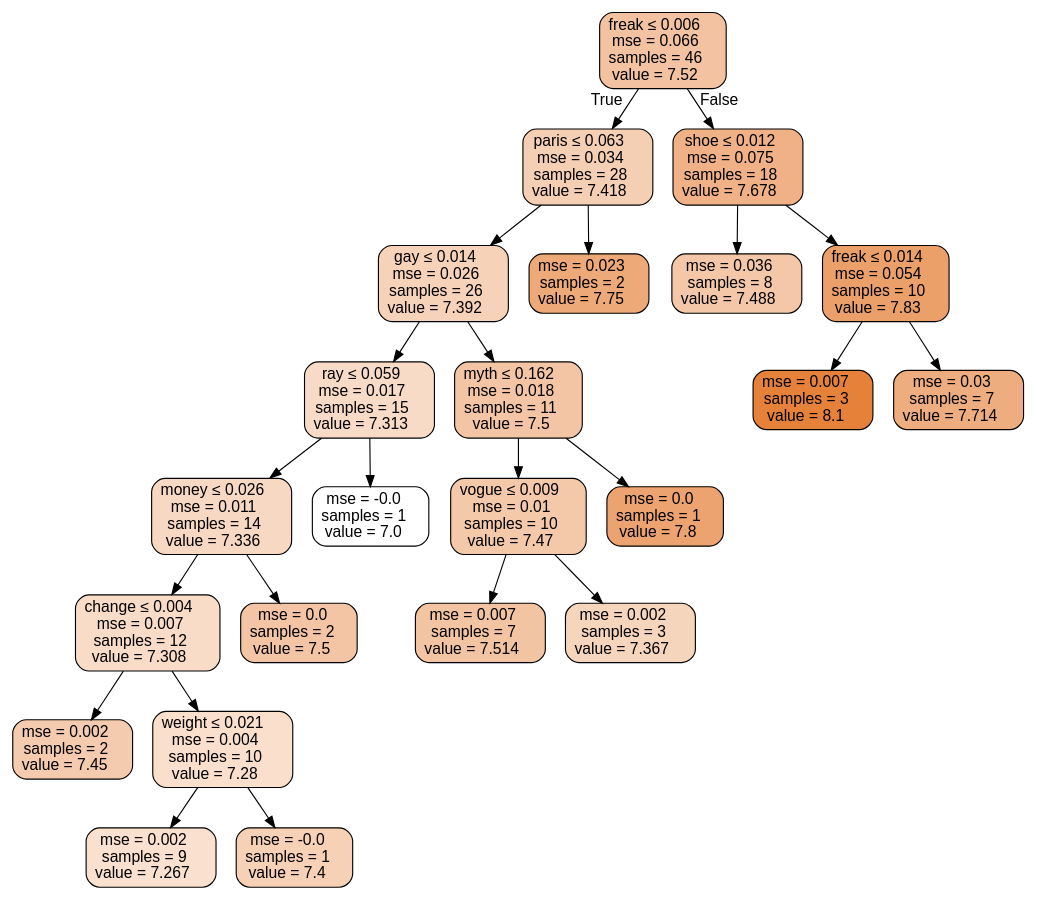
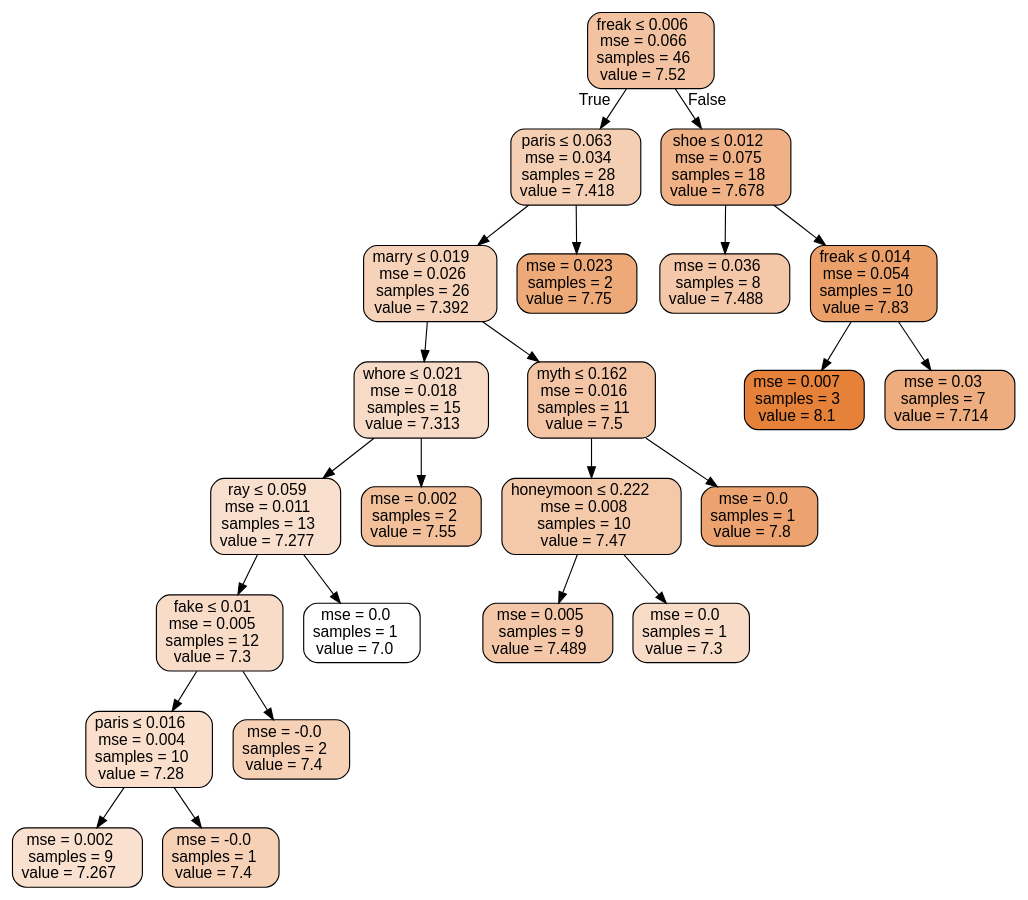
The diagram in boston_tree.dot (ranilovi/SATC_rating_prediction), drawn with Graphviz before and after one commit. The commit also changed 3 other files, not shown here.

```diff
--- a/boston_tree.dot
+++ b/boston_tree.dot
@@ -1,49 +1,49 @@
 digraph Tree {
 node [shape=box, style="filled, rounded", color="black", fontname=helvetica] ;
 edge [fontname=helvetica] ;
 0 [label=<freak &le; 0.006<br/>mse = 0.066<br/>samples = 46<br/>value = 7.52>, fillcolor="#e5813978"] ;
 1 [label=<paris &le; 0.063<br/>mse = 0.034<br/>samples = 28<br/>value = 7.418>, fillcolor="#e5813961"] ;
 0 -> 1 [labeldistance=2.5, labelangle=45, headlabel="True"] ;
-2 [label=<gay &le; 0.014<br/>mse = 0.026<br/>samples = 26<br/>value = 7.392>, fillcolor="#e581395b"] ;
+2 [label=<marry &le; 0.019<br/>mse = 0.026<br/>samples = 26<br/>value = 7.392>, fillcolor="#e581395b"] ;
 1 -> 2 ;
-3 [label=<ray &le; 0.059<br/>mse = 0.017<br/>samples = 15<br/>value = 7.313>, fillcolor="#e5813949"] ;
+3 [label=<whore &le; 0.021<br/>mse = 0.018<br/>samples = 15<br/>value = 7.313>, fillcolor="#e5813949"] ;
 2 -> 3 ;
-4 [label=<money &le; 0.026<br/>mse = 0.011<br/>samples = 14<br/>value = 7.336>, fillcolor="#e581394e"] ;
+4 [label=<ray &le; 0.059<br/>mse = 0.011<br/>samples = 13<br/>value = 7.277>, fillcolor="#e5813940"] ;
 3 -> 4 ;
-5 [label=<change &le; 0.004<br/>mse = 0.007<br/>samples = 12<br/>value = 7.308>, fillcolor="#e5813947"] ;
+5 [label=<fake &le; 0.01<br/>mse = 0.005<br/>samples = 12<br/>value = 7.3>, fillcolor="#e5813946"] ;
 4 -> 5 ;
-6 [label=<mse = 0.002<br/>samples = 2<br/>value = 7.45>, fillcolor="#e5813968"] ;
+6 [label=<paris &le; 0.016<br/>mse = 0.004<br/>samples = 10<br/>value = 7.28>, fillcolor="#e5813941"] ;
 5 -> 6 ;
-7 [label=<weight &le; 0.021<br/>mse = 0.004<br/>samples = 10<br/>value = 7.28>, fillcolor="#e5813941"] ;
-5 -> 7 ;
-8 [label=<mse = 0.002<br/>samples = 9<br/>value = 7.267>, fillcolor="#e581393e"] ;
-7 -> 8 ;
-9 [label=<mse = -0.0<br/>samples = 1<br/>value = 7.4>, fillcolor="#e581395d"] ;
-7 -> 9 ;
-10 [label=<mse = 0.0<br/>samples = 2<br/>value = 7.5>, fillcolor="#e5813974"] ;
+7 [label=<mse = 0.002<br/>samples = 9<br/>value = 7.267>, fillcolor="#e581393e"] ;
+6 -> 7 ;
+8 [label=<mse = -0.0<br/>samples = 1<br/>value = 7.4>, fillcolor="#e581395d"] ;
+6 -> 8 ;
+9 [label=<mse = -0.0<br/>samples = 2<br/>value = 7.4>, fillcolor="#e581395d"] ;
+5 -> 9 ;
+10 [label=<mse = 0.0<br/>samples = 1<br/>value = 7.0>, fillcolor="#e5813900"] ;
 4 -> 10 ;
-11 [label=<mse = -0.0<br/>samples = 1<br/>value = 7.0>, fillcolor="#e5813900"] ;
+11 [label=<mse = 0.002<br/>samples = 2<br/>value = 7.55>, fillcolor="#e5813980"] ;
 3 -> 11 ;
-12 [label=<myth &le; 0.162<br/>mse = 0.018<br/>samples = 11<br/>value = 7.5>, fillcolor="#e5813974"] ;
+12 [label=<myth &le; 0.162<br/>mse = 0.016<br/>samples = 11<br/>value = 7.5>, fillcolor="#e5813974"] ;
 2 -> 12 ;
-13 [label=<vogue &le; 0.009<br/>mse = 0.01<br/>samples = 10<br/>value = 7.47>, fillcolor="#e581396d"] ;
+13 [label=<honeymoon &le; 0.222<br/>mse = 0.008<br/>samples = 10<br/>value = 7.47>, fillcolor="#e581396d"] ;
 12 -> 13 ;
-14 [label=<mse = 0.007<br/>samples = 7<br/>value = 7.514>, fillcolor="#e5813977"] ;
+14 [label=<mse = 0.005<br/>samples = 9<br/>value = 7.489>, fillcolor="#e5813971"] ;
 13 -> 14 ;
-15 [label=<mse = 0.002<br/>samples = 3<br/>value = 7.367>, fillcolor="#e5813955"] ;
+15 [label=<mse = 0.0<br/>samples = 1<br/>value = 7.3>, fillcolor="#e5813946"] ;
 13 -> 15 ;
 16 [label=<mse = 0.0<br/>samples = 1<br/>value = 7.8>, fillcolor="#e58139b9"] ;
 12 -> 16 ;
 17 [label=<mse = 0.023<br/>samples = 2<br/>value = 7.75>, fillcolor="#e58139ae"] ;
 1 -> 17 ;
 18 [label=<shoe &le; 0.012<br/>mse = 0.075<br/>samples = 18<br/>value = 7.678>, fillcolor="#e581399d"] ;
 0 -> 18 [labeldistance=2.5, labelangle=-45, headlabel="False"] ;
 19 [label=<mse = 0.036<br/>samples = 8<br/>value = 7.488>, fillcolor="#e5813971"] ;
 18 -> 19 ;
 20 [label=<freak &le; 0.014<br/>mse = 0.054<br/>samples = 10<br/>value = 7.83>, fillcolor="#e58139c0"] ;
 18 -> 20 ;
 21 [label=<mse = 0.007<br/>samples = 3<br/>value = 8.1>, fillcolor="#e58139ff"] ;
 20 -> 21 ;
 22 [label=<mse = 0.03<br/>samples = 7<br/>value = 7.714>, fillcolor="#e58139a6"] ;
 20 -> 22 ;
 }
```
